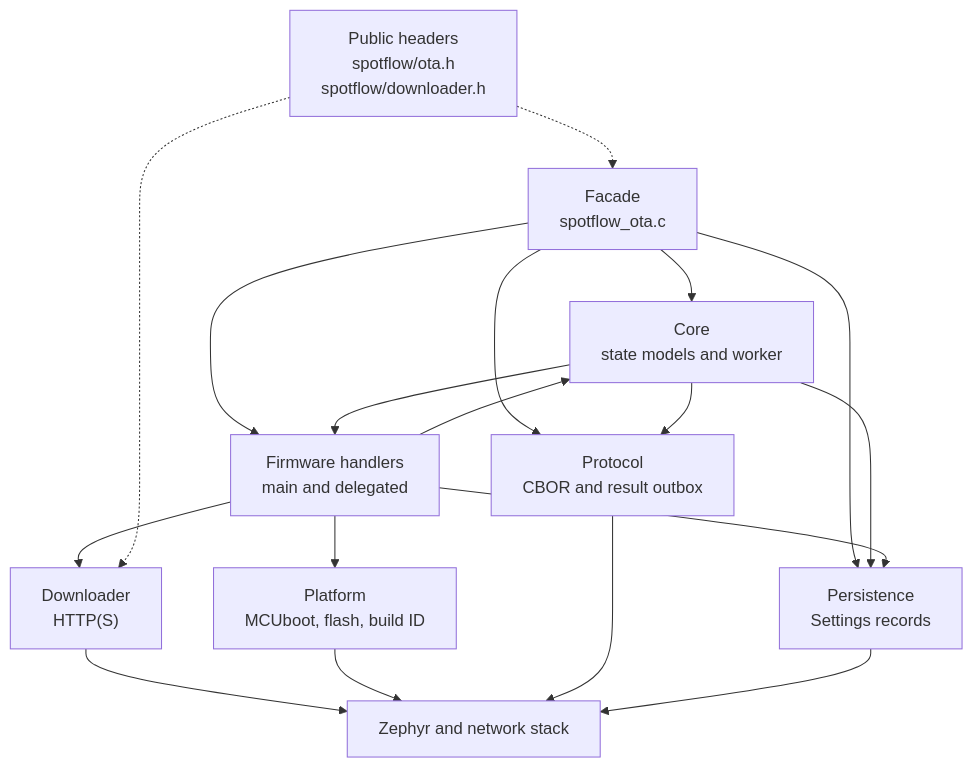
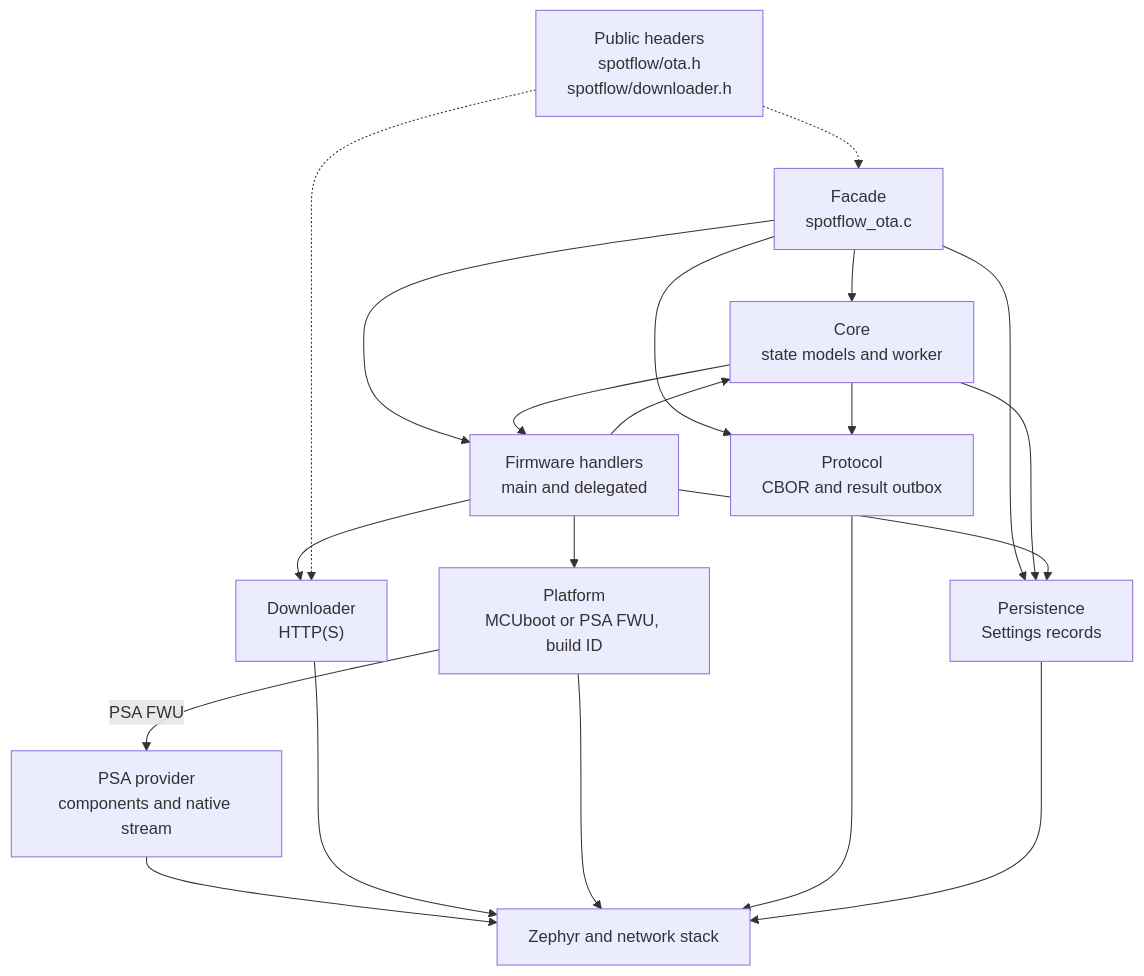
The seventh of 11 diagrams in zephyr/docs/ota.md (spotflow-io/device-sdk), drawn with Mermaid before and after one commit. The commit also changed other lines of this file and 18 other files, not shown here.

First line of the commit message:
Add a PSA FWU backend with a TI CC35xx provider

````diff
--- a/zephyr/docs/ota.md
+++ b/zephyr/docs/ota.md
@@ -397,30 +403,32 @@
 ```mermaid
 flowchart TD
     facade["Facade<br/>spotflow_ota.c"]
     core["Core<br/>state models and worker"]
     protocol["Protocol<br/>CBOR and result outbox"]
     persistence["Persistence<br/>Settings records"]
     firmware["Firmware handlers<br/>main and delegated"]
     downloader["Downloader<br/>HTTP(S)"]
-    platform["Platform<br/>MCUboot, flash, build ID"]
+    platform["Platform<br/>MCUboot or PSA FWU, build ID"]
     public["Public headers<br/>spotflow/ota.h<br/>spotflow/downloader.h"]
     zephyr["Zephyr and network stack"]
 
     facade --> core
     facade --> protocol
     facade --> persistence
     facade --> firmware
     core --> protocol
     core --> persistence
     core --> firmware
     firmware --> downloader
     firmware --> platform
+    platform -->|PSA FWU| psa["PSA provider<br/>components and native stream"]
+    psa --> zephyr
     firmware --> persistence
     firmware --> core
     downloader --> zephyr
     platform --> zephyr
     protocol --> zephyr
     persistence --> zephyr
     public -.-> facade
     public -.-> downloader
 ```
````
